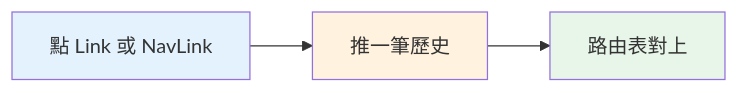
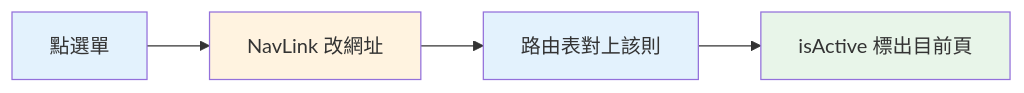
The sixth of 9 diagrams in source/_posts/lokiTech-15day-11-react-router.md (summer10920/summer10920.github.io), drawn with Mermaid before and after one commit. The commit also changed other lines of this file, not shown here.

```diff
--- a/source/_posts/lokiTech-15day-11-react-router.md
+++ b/source/_posts/lokiTech-15day-11-react-router.md
@@ -549,7 +1181,9 @@
 {% mermaid graph LR %}
-  clickNode["點 Link 或 NavLink"] --> historyNode["推一筆歷史"]
-  historyNode --> matchNode["路由表對上"]
+  clickNode["點選單"] --> linkNode["NavLink 改網址"]
+  linkNode --> matchNode["路由表對上該則"]
+  matchNode --> flagNode["isActive 標出目前頁"]
   style clickNode fill:#e3f2fd
-  style historyNode fill:#fff3e0
-  style matchNode fill:#e8f5e9
+  style linkNode fill:#fff3e0
+  style matchNode fill:#e3f2fd
+  style flagNode fill:#e8f5e9
 {% endmermaid %}
```
